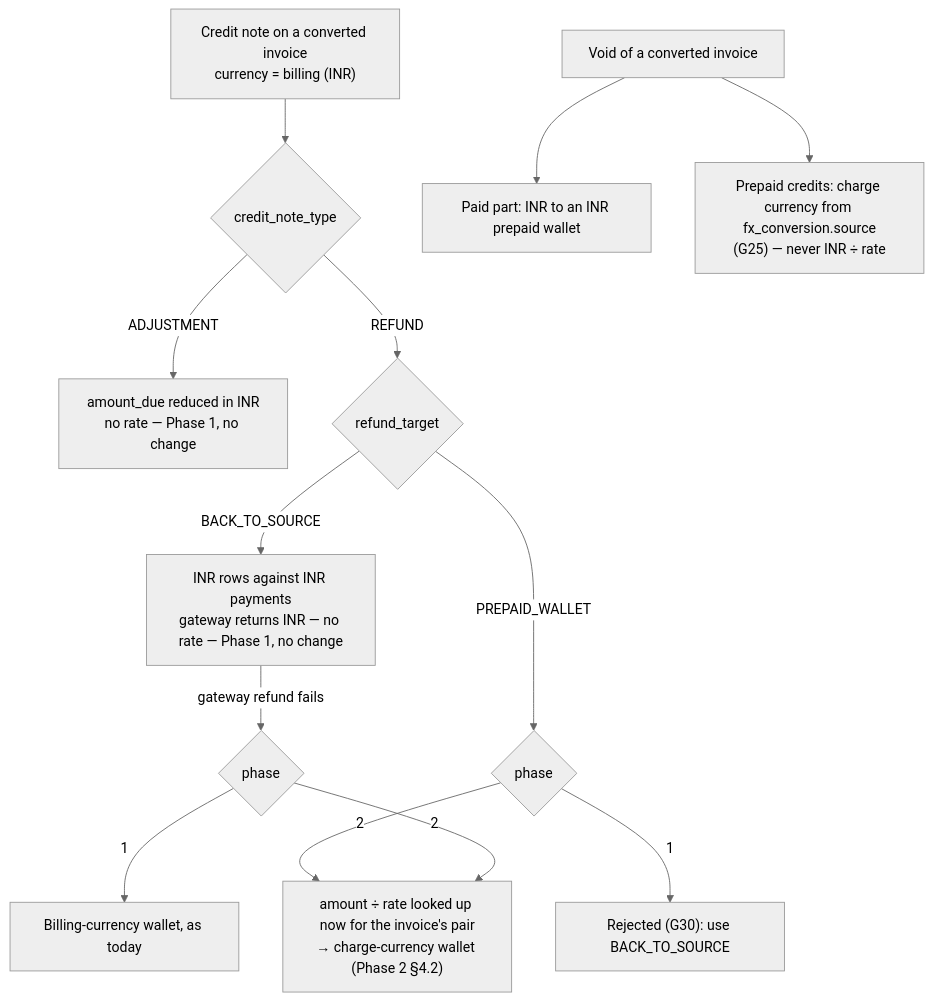
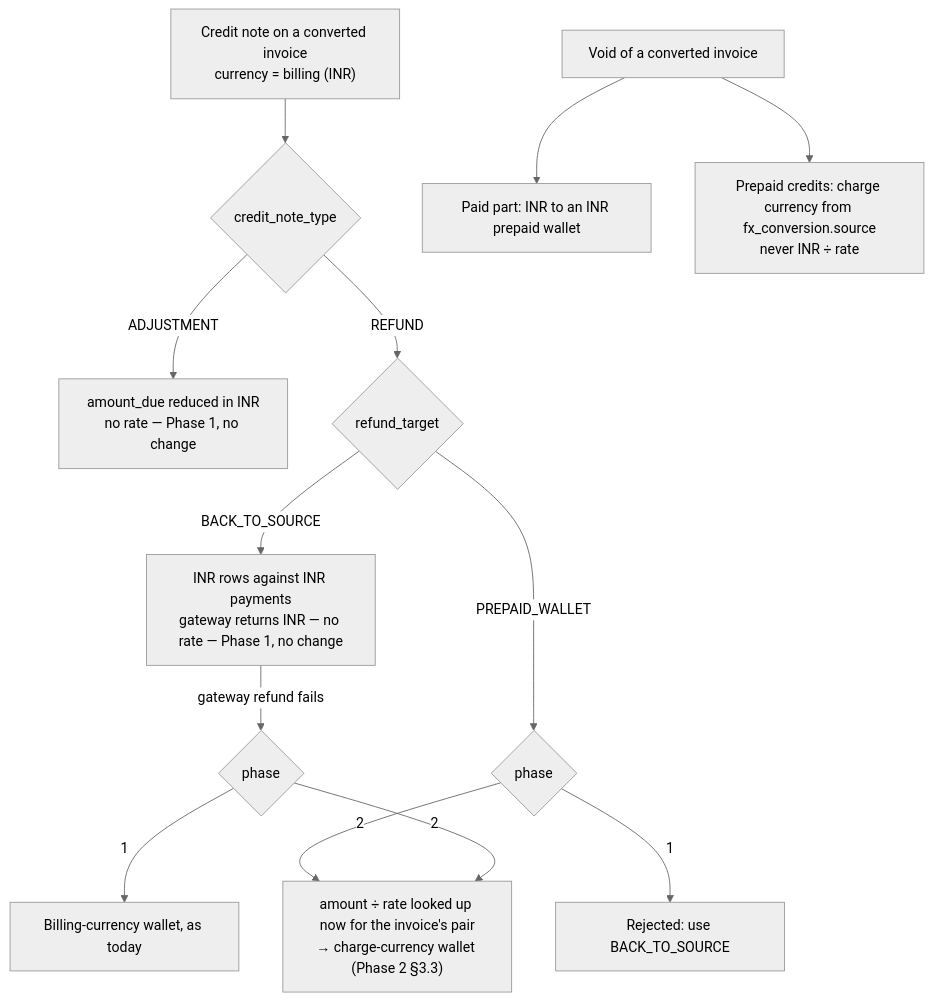
Before and after one commit to aghijap/flexprice-FLE-1411: the fourth of 7 diagrams in docs/design/2026-09-26-FLE-1383-adaptive-multi-currency-phase1-erd.md, drawn with Mermaid (neutral theme). The commit also changed other lines of this file and 1 other file, not shown here.

````diff
--- a/docs/design/2026-09-26-FLE-1383-adaptive-multi-currency-phase1-erd.md
+++ b/docs/design/2026-09-26-FLE-1383-adaptive-multi-currency-phase1-erd.md
@@ -674,15 +543,15 @@
 ```mermaid
 flowchart TD
     CN["Credit note on a converted invoice<br/>currency = billing (INR)"] --> T{"credit_note_type"}
     T -- ADJUSTMENT --> ADJ["amount_due reduced in INR<br/>no rate — Phase 1, no change"]
     T -- REFUND --> RT{"refund_target"}
     RT -- BACK_TO_SOURCE --> GW["INR rows against INR payments<br/>gateway returns INR — no rate — Phase 1, no change"]
     RT -- PREPAID_WALLET --> PH{"phase"}
-    PH -- "1" --> REJ["Rejected (G30): use BACK_TO_SOURCE"]
-    PH -- "2" --> DIV["amount ÷ rate looked up now for the invoice's pair<br/>→ charge-currency wallet (Phase 2 §4.2)"]
+    PH -- "1" --> REJ["Rejected: use BACK_TO_SOURCE"]
+    PH -- "2" --> DIV["amount ÷ rate looked up now for the invoice's pair<br/>→ charge-currency wallet (Phase 2 §3.3)"]
     GW -- "gateway refund fails" --> FB{"phase"}
     FB -- "1" --> FB1["Billing-currency wallet, as today"]
     FB -- "2" --> DIV
     VOID["Void of a converted invoice"] --> V1["Paid part: INR to an INR prepaid wallet"]
-    VOID --> V2["Prepaid credits: charge currency from fx_conversion.source<br/>(G25) — never INR ÷ rate"]
+    VOID --> V2["Prepaid credits: charge currency from fx_conversion.source<br/>never INR ÷ rate"]
 ```
````
